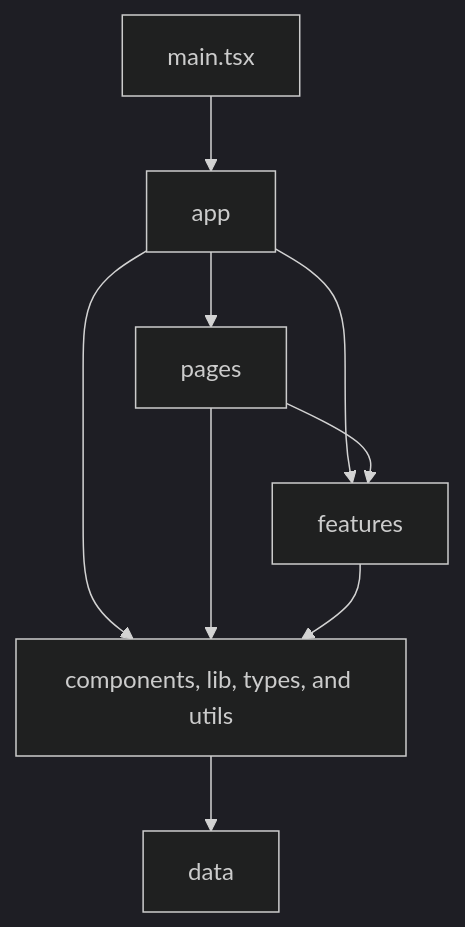
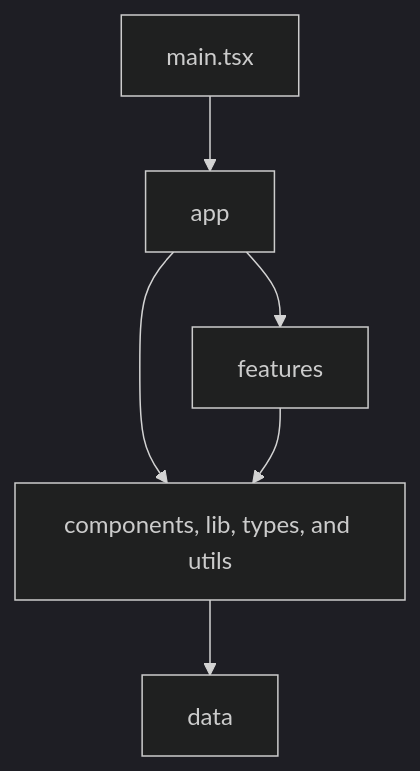
The third of 4 diagrams in docs/architecture.md (eirikenriquez/The-Word-per-Minute), drawn with Mermaid (dark theme) before and after one commit. The commit also changed other lines of this file and 7 other files, not shown here.

````diff
--- a/docs/architecture.md
+++ b/docs/architecture.md
@@ -131,11 +131,8 @@
 ```mermaid
 flowchart TD
   entry["main.tsx"] --> app["app"]
-  app --> pages["pages"]
   app --> features["features"]
   app --> foundations["components, lib, types, and utils"]
-  pages --> features
-  pages --> foundations
   features --> foundations
   foundations --> data["data"]
 ```
````
